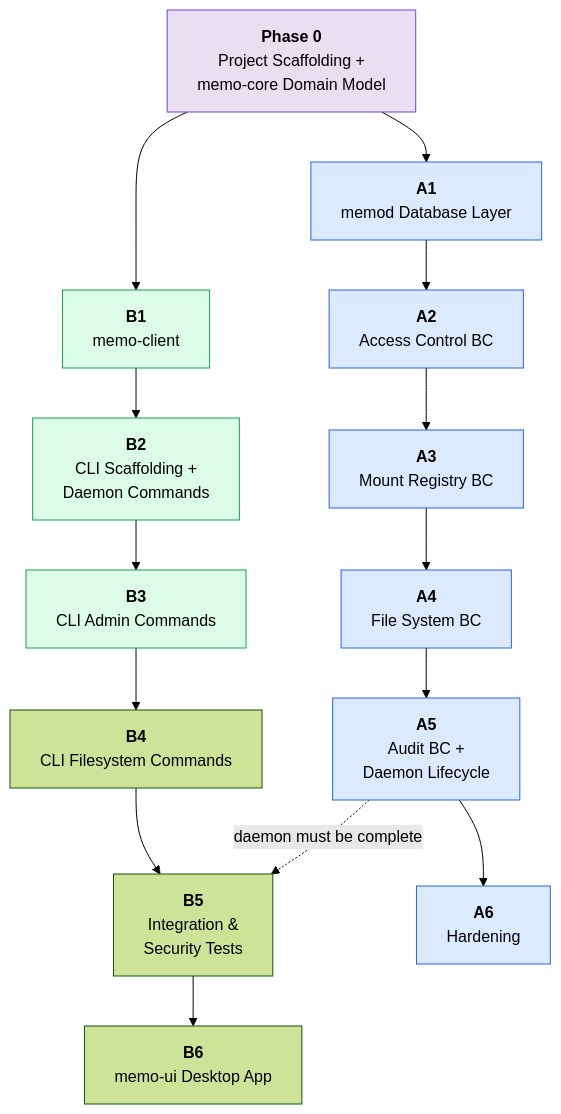
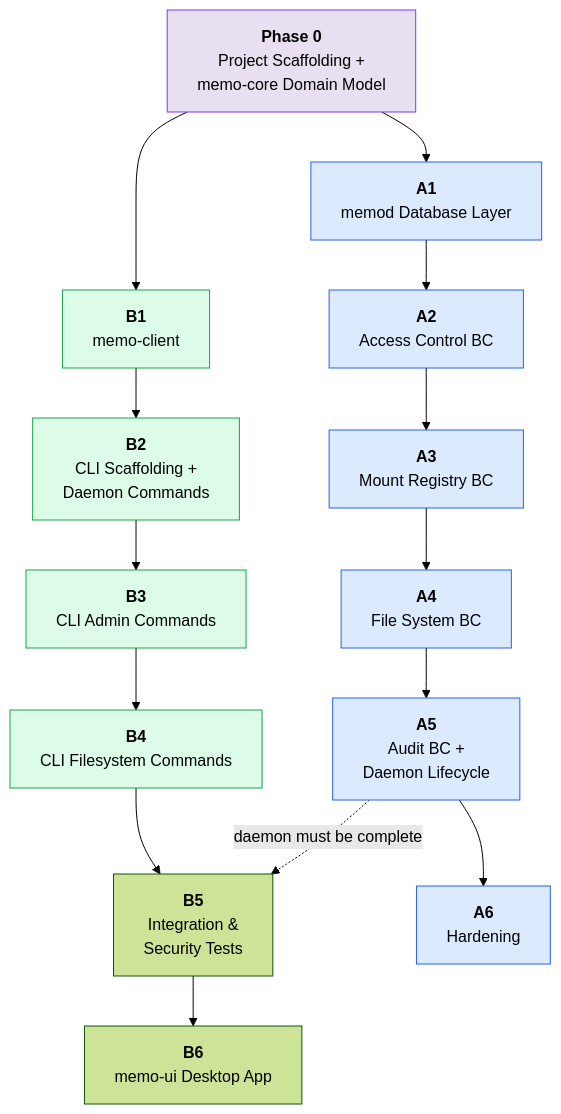
The diagram in docs/roadmap-v1.md (ch37n1/memo), drawn with Mermaid (forest theme) before and after one commit. The commit also changed other lines of this file and 7 other files, not shown here.

````diff
--- a/docs/roadmap-v1.md
+++ b/docs/roadmap-v1.md
@@ -33,53 +34,54 @@
 ```mermaid
 graph TD
     P0["<b>Phase 0</b>\nProject Scaffolding +\nmemo-core Domain Model"]
 
     A1["<b>A1</b>\nmemod Database Layer"]
     B1["<b>B1</b>\nmemo-client"]
 
     A2["<b>A2</b>\nAccess Control BC"]
     B2["<b>B2</b>\nCLI Scaffolding +\nDaemon Commands"]
 
     A3["<b>A3</b>\nMount Registry BC"]
     B3["<b>B3</b>\nCLI Admin Commands"]
 
     A4["<b>A4</b>\nFile System BC"]
     B4["<b>B4</b>\nCLI Filesystem Commands"]
 
     A5["<b>A5</b>\nAudit BC +\nDaemon Lifecycle"]
     B5["<b>B5</b>\nIntegration &amp;\nSecurity Tests"]
 
     A6["<b>A6</b>\nHardening"]
     B6["<b>B6</b>\nmemo-ui Desktop App"]
 
     P0 --> A1
     P0 --> B1
 
     A1 --> A2
     B1 --> B2
 
     A2 --> A3
     B2 --> B3
 
     A3 --> A4
     B3 --> B4
 
     A4 --> A5
     B4 --> B5
 
     A5 --> A6
     B5 --> B6
 
     A5 -.->|"daemon must be complete"| B5
 
     style P0 fill:#e8e0f0,stroke:#7c3aed
     style A1 fill:#dbeafe,stroke:#2563eb
     style A2 fill:#dbeafe,stroke:#2563eb
     style A3 fill:#dbeafe,stroke:#2563eb
     style A4 fill:#dbeafe,stroke:#2563eb
     style A5 fill:#dbeafe,stroke:#2563eb
     style A6 fill:#dbeafe,stroke:#2563eb
     style B1 fill:#dcfce7,stroke:#16a34a
     style B2 fill:#dcfce7,stroke:#16a34a
     style B3 fill:#dcfce7,stroke:#16a34a
+    style B4 fill:#dcfce7,stroke:#16a34a
 ```
````
